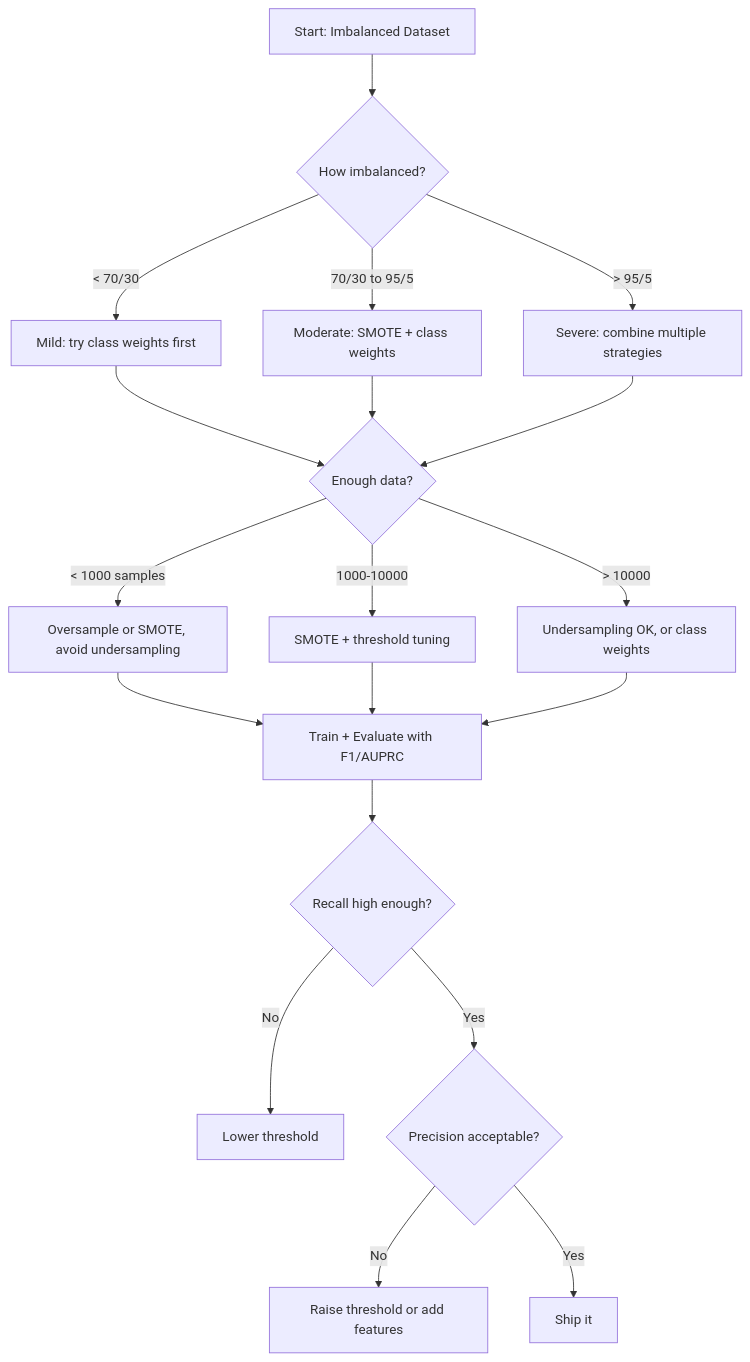
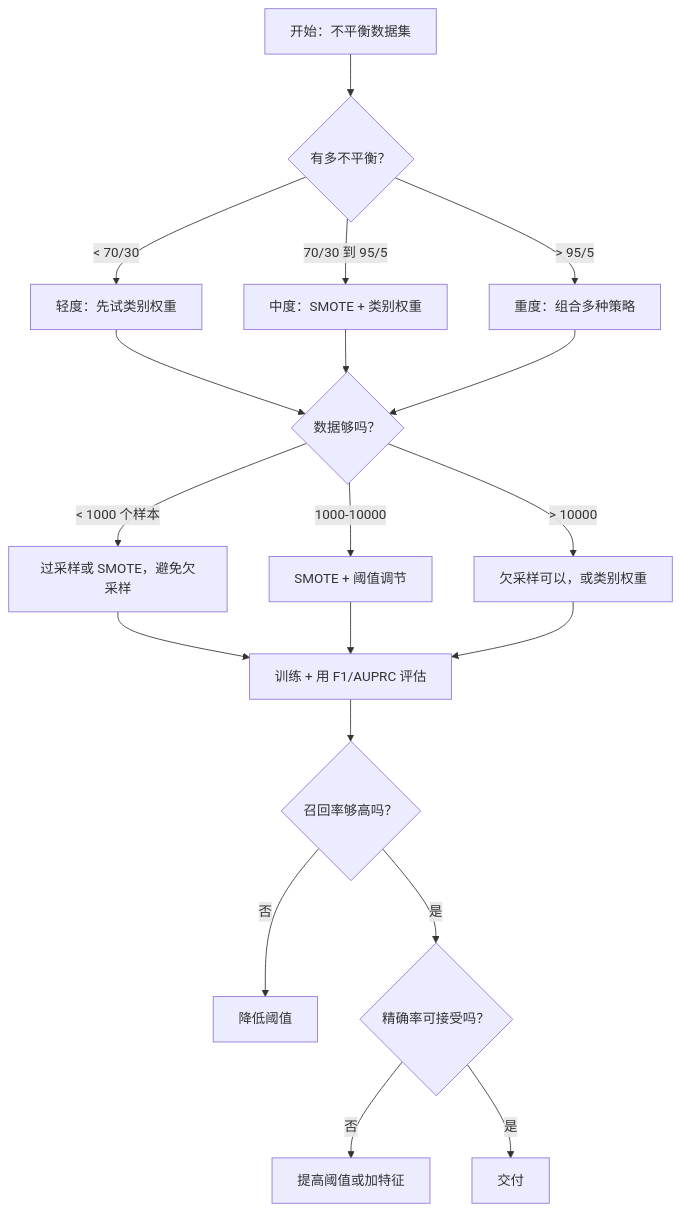
The fourth of 4 diagrams in phases/02-ml-fundamentals/17-imbalanced-data/docs/en.md (alessandrodinisio-ai/ai-engineering-learning-framework), drawn with Mermaid before and after one commit. The commit also changed other lines of this file and 443 other files, not shown here.

First line of the commit message:
feat(zh): 完成 435 节课程文档 + README/ROADMAP/术语表 + 网站 UI 全量中文化

````diff
--- a/phases/02-ml-fundamentals/17-imbalanced-data/docs/en.md
+++ b/phases/02-ml-fundamentals/17-imbalanced-data/docs/en.md
@@ -192,21 +192,21 @@
 ```mermaid
 flowchart TD
-    A[Start: Imbalanced Dataset] --> B{How imbalanced?}
-    B -->|"< 70/30"| C["Mild: try class weights first"]
-    B -->|"70/30 to 95/5"| D["Moderate: SMOTE + class weights"]
-    B -->|"> 95/5"| E["Severe: combine multiple strategies"]
-    C --> F{Enough data?}
+    A[开始：不平衡数据集] --> B{有多不平衡？}
+    B -->|"< 70/30"| C["轻度：先试类别权重"]
+    B -->|"70/30 到 95/5"| D["中度：SMOTE + 类别权重"]
+    B -->|"> 95/5"| E["重度：组合多种策略"]
+    C --> F{数据够吗？}
     D --> F
     E --> F
-    F -->|"< 1000 samples"| G["Oversample or SMOTE, avoid undersampling"]
-    F -->|"1000-10000"| H["SMOTE + threshold tuning"]
-    F -->|"> 10000"| I["Undersampling OK, or class weights"]
-    G --> J[Train + Evaluate with F1/AUPRC]
+    F -->|"< 1000 个样本"| G["过采样或 SMOTE，避免欠采样"]
+    F -->|"1000-10000"| H["SMOTE + 阈值调节"]
+    F -->|"> 10000"| I["欠采样可以，或类别权重"]
+    G --> J[训练 + 用 F1/AUPRC 评估]
     H --> J
     I --> J
-    J --> K{Recall high enough?}
-    K -->|No| L[Lower threshold]
-    K -->|Yes| M{Precision acceptable?}
-    M -->|No| N[Raise threshold or add features]
-    M -->|Yes| O[Ship it]
+    J --> K{召回率够高吗？}
+    K -->|否| L[降低阈值]
+    K -->|是| M{精确率可接受吗？}
+    M -->|否| N[提高阈值或加特征]
+    M -->|是| O[交付]
 ```
````
